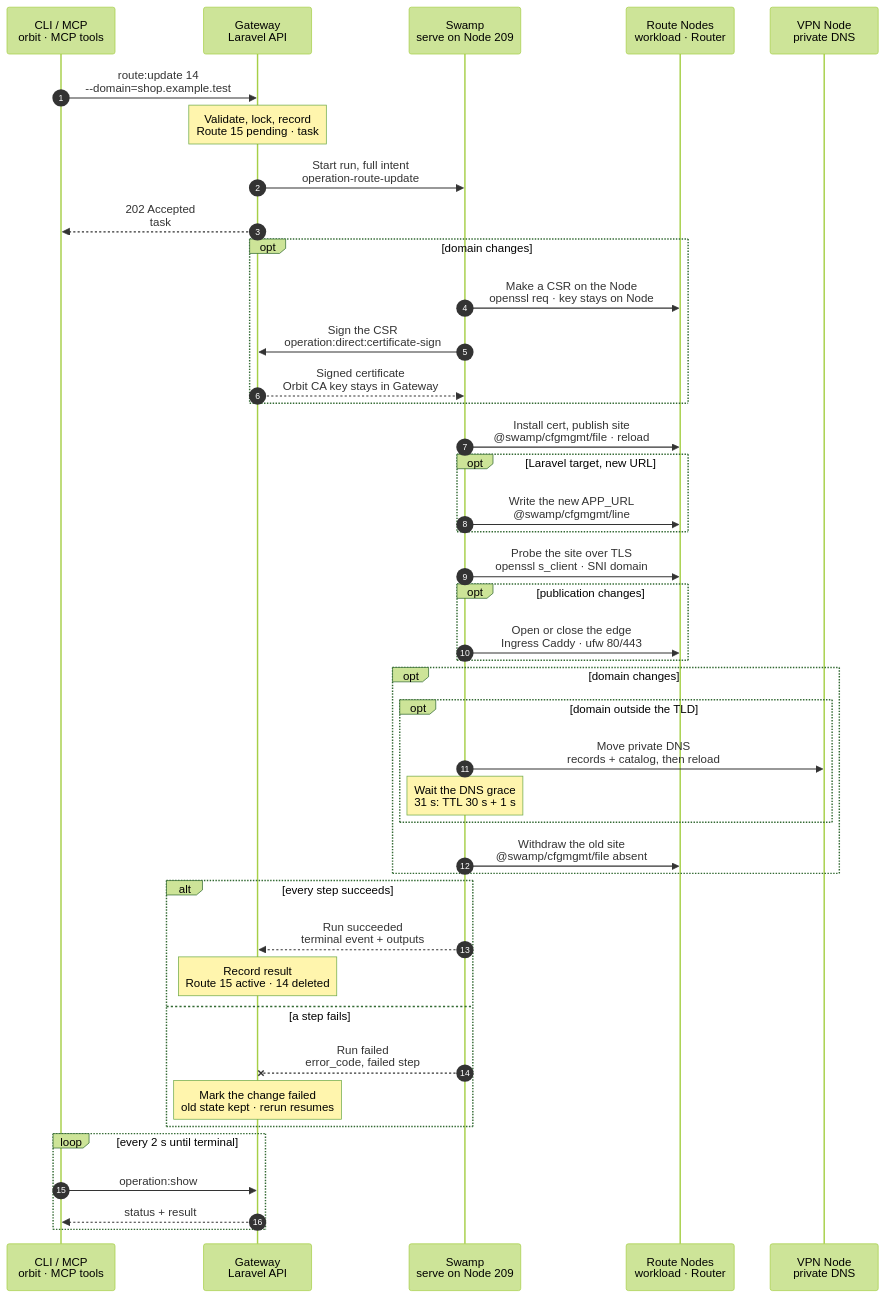
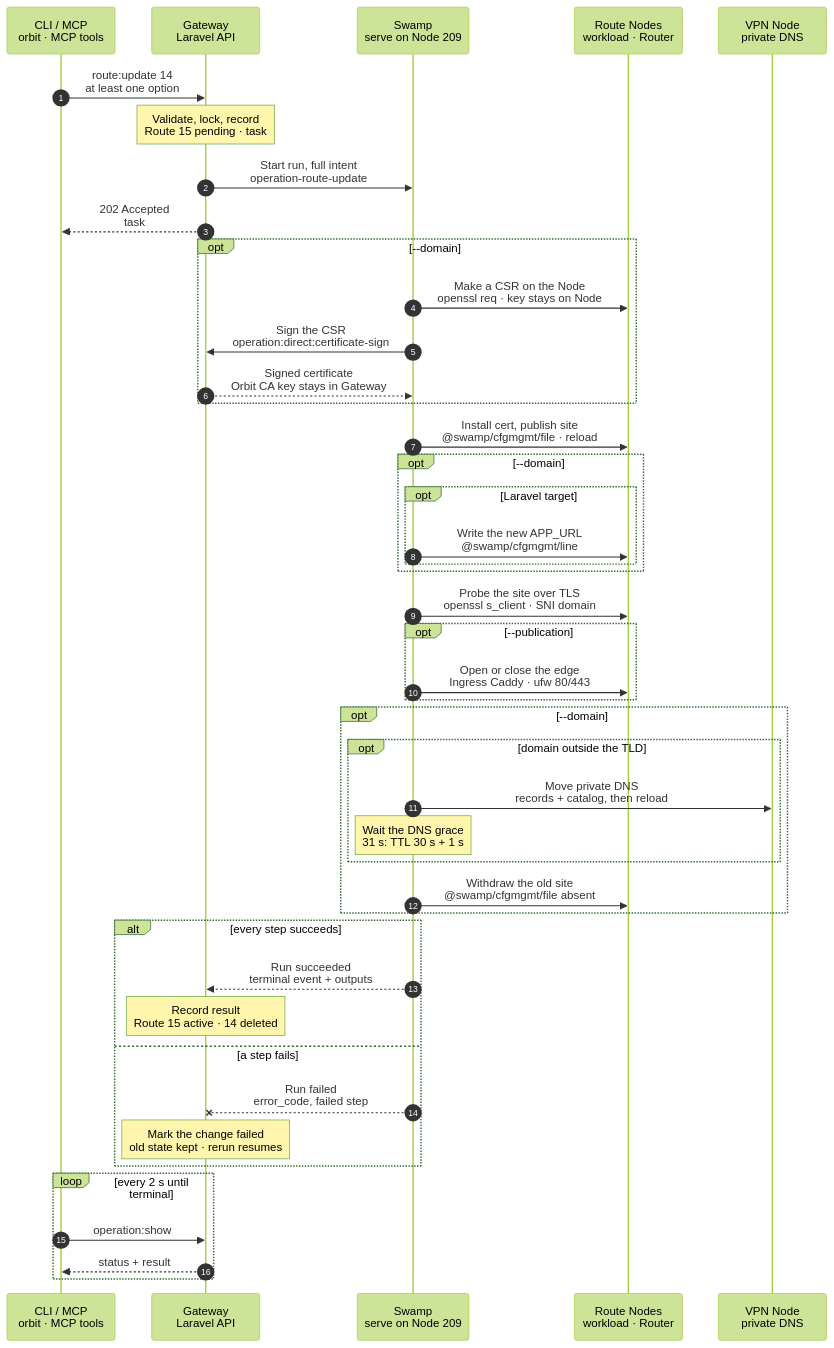
The diagram in docs/cli/route/update.mmd (hardimpactdev/orbit), drawn with Mermaid (forest theme) before and after one commit. The commit also changed 5 other files, not shown here.

First line of the commit message:
docs(cli): draw route and schedule charts with a required-only main path

```diff
--- a/docs/cli/route/update.mmd
+++ b/docs/cli/route/update.mmd
@@ -1,154 +1,158 @@
 sequenceDiagram
   %% Target design: ADR 0244 task, DECISIONS R1-R4, firewall.allow shape, Gateway signs CSRs (root-of-trust), single-swamp-node. docs/cli/route.mdx, docs/reference/routes.md (Change an existing Route).
   %% Tightened: flow-tighten 2026-11-02, rules 3, 17, 22 (cert install folded into the publish step as in route:create; DNS and its grace only outside the TLD; cfgmgmt file/line).
+  %% Rule 23: 2026-11-03 required-only main path.
   %% status: draft
   %% command: route:update
   %% kind: route.update
   autonumber
   %% lane CLI icon=terminal pill=caller tone=gray
   %% lane GW icon=gateway pill=intent tone=blue
   %% lane SW icon=workflow pill=executes tone=green
   %% lane N icon=server pill=target tone=amber
   %% lane V icon=server pill=target tone=purple
   participant CLI as CLI / MCP<br/>orbit · MCP tools
   participant GW as Gateway<br/>Laravel API
   participant SW as Swamp<br/>serve on Node 209
   participant N as Route Nodes<br/>workload · Router
   participant V as VPN Node<br/>private DNS
-  CLI->>GW: route:update 14<br/>--domain=shop.example.test
+  CLI->>GW: route:update 14<br/>at least one option
   %%> Command:
   %%> - `orbit route:update 14 --domain=shop.example.test`
   %%> - syntax: `<route> [--domain=DOMAIN] [--publication=private|public] [--web-root=PATH]`
   %%> Input:
-  %%> - Route 14, with at least one option
+  %%> - Route 14 and at least one option; without one, the CLI refuses with `route.update_required`
+  %%> Optional, each its own change:
+  %%> - `--domain=shop.example.test`: a replacement Route takes over, so you get a new Route ID
+  %%> - `--publication=private|public`: the public edge opens or closes; the Route ID stays
+  %%> - `--web-root=PATH`: the Caddy site serves another directory; the Route ID stays; it adds no step
   %%> - `--web-root` goes on its own; `--web-root=` clears it
-  %%> Three changes:
-  %%> - domain: a replacement Route takes over, so you get a new Route ID
-  %%> - publication: the public edge opens or closes; the Route ID stays
-  %%> - web root: the Caddy site serves another directory; the Route ID stays
+  %%> - `--idempotency-key` and `--json` change no step
   Note over GW: Validate, lock, record<br/>Route 15 pending · task #5160
   %%> Requirements:
   %%> - your Node has an access grant to Node 7, the Node of the Route's target
   %%> - Route 14 is an explicit app Route; generated domains change only through `instance:rename`
   %%> - the new domain is valid, free, and not reserved
   %%> - no other domain change runs for Route 14 (`route.domain_change_conflict`)
   %%> - a public Route needs production targets and a serving Ingress
   %%> Locks:
   %%> - the projection lock and the environment owner of every target Instance
   %%> - a busy lock is waited for up to 30 s, then `app-dev.projection_busy`
   %%> Result:
   %%> - for a domain change: replacement Route 15 recorded as `pending`, with the same Project, scope, targets and publication
   %%> - Route 14 stays `active` and is still the only Route that serves
   %%> - task #5160 recorded with the full intent; nothing has happened on a Node yet
   GW->>SW: Start run, full intent<br/>operation-route-update
   %%> What it does:
   %%> - starts one Swamp run on serve (Node 209)
   %%> Inputs:
   %%> - the rendered Caddy blocks before and after, per Node
   %%> - the certificate leaves, LAN tuples, DNS records and probes
   %%> - the new `APP_URL`; production `.env` material only as vault key names (R3)
   %%> - each Node's address and SSH host keys; the SSH identity comes from the `swamp` role
   GW-->>CLI: 202 Accepted<br/>task #5160
   %%> What you get:
   %%> - the task number, at once
   %%> Next:
   %%> - the CLI follows the task with `operation:show`
-  opt domain changes
+  opt --domain
     SW->>N: Make a CSR on the Node<br/>openssl req · key stays on Node
     %%> How:
     %%> - Swamp reaches Node 7, and the Router for a Cluster Route, over `@swamp/ssh` from 209
     %%> What it does:
     %%> - makes a new key and a certificate request for `shop.example.test`, under Route 15's own scope
     %%> Why its own scope:
     %%> - the old site keeps its certificate until cleanup, so both names serve during the change
     SW->>GW: Sign the CSR<br/>operation:direct:certificate-sign
     %%> What it does:
     %%> - sends the CSRs with task #5160 and the run id
     %%> Why:
     %%> - the Orbit CA key stays in the Gateway; signing is the one step that calls the Gateway
     GW-->>SW: Signed certificate<br/>Orbit CA key stays in Gateway
     %%> Returns:
     %%> - one public certificate bundle per leaf
   end
   SW->>N: Install cert, publish site<br/>@swamp/cfgmgmt/file · reload
   %%> What it does:
   %%> - when the domain changes: writes the new certificate next to its key, owned `root:caddy`, mode 0750, in the same step, as `route:create` does
   %%> - domain: adds the new site next to the old one
   %%> - web root: points the site at the new directory, after the web-root access step for a development target
   %%> - validates the whole Caddyfile, then reloads Caddy; never a restart (rule 7)
   %%> Refuses:
   %%> - a validation error; the old Caddyfile stays in place
-  opt Laravel target, new URL
-    SW->>N: Write the new APP_URL<br/>@swamp/cfgmgmt/line
-    %%> What it does:
-    %%> - development: sets the `APP_URL=` line in `.env` with `@swamp/cfgmgmt/line`, and refreshes the cached configuration
-    %%> - production: renders the stored environment against the new Route and replaces only the home's `.env`
-    %%> Not included:
-    %%> - Composer, Artisan, deploy or restart commands
+  opt --domain
+    opt Laravel target
+      SW->>N: Write the new APP_URL<br/>@swamp/cfgmgmt/line
+      %%> What it does:
+      %%> - development: sets the `APP_URL=` line in `.env` with `@swamp/cfgmgmt/line`, and refreshes the cached configuration
+      %%> - production: renders the stored environment against the new Route and replaces only the home's `.env`
+      %%> Not included:
+      %%> - Composer, Artisan, deploy or restart commands
+    end
   end
   SW->>N: Probe the site over TLS<br/>openssl s_client · SNI domain
   %%> What it does:
   %%> - connects from 209 to the workload, or the Router, on port 443 with the new domain as SNI
   %%> - requires a chain the Orbit root trusts
   %%> Why:
   %%> - nothing moves to the new state before the site serves
-  opt publication changes
+  opt --publication
     SW->>N: Open or close the edge<br/>Ingress Caddy · ufw 80/443
     %%> What it does:
     %%> - public: publishes the Ingress site, then opens `orbit:ingress-http` and `orbit:ingress-https`
     %%> - private: withdraws the Ingress site; closes both rules when no public Route is left in the Cluster
     %%> Not included:
     %%> - the public DNS record and Let's Encrypt issuance; Caddy retries issuance on its own
   end
-  opt domain changes
+  opt --domain
     opt domain outside the TLD
     SW->>V: Move private DNS<br/>records + catalog, then reload
     %%> When:
     %%> - only when the old or new domain is outside the Cluster or Node TLD; private DNS answers the whole TLD, so a name inside it needs no record
     %%> What it does:
     %%> - publishes `shop.example.test` and removes `shop.test`
     %%> - checks the loaded catalog and a DNS reply
     %%> Cutover:
     %%> - from here the new domain is the one that serves; a later failure recovers forward
     Note over SW: Wait the DNS grace<br/>31 s: TTL 30 s + 1 s
     %%> Why:
     %%> - resolvers that honor the TTL stop asking for the old name before its site leaves
     %%> How:
     %%> - a native wait in the run; it holds no Gateway lock
     end
     SW->>N: Withdraw the old site<br/>@swamp/cfgmgmt/file absent
     %%> What it does:
     %%> - removes Route 14's site blocks and reloads Caddy
     %%> - then removes Route 14's certificate scopes and the LAN tuples no other Route needs
   end
   alt every step succeeds
     SW-->>GW: Run succeeded<br/>terminal event + outputs
     %%> How the Gateway learns it:
     %%> - its shared run reader sees the terminal event; Swamp never calls the Gateway
     Note over GW: Record result<br/>Route 15 active · 14 deleted
     %%> Result:
     %%> - domain: Route 15 becomes `active`; Route 14 is deleted and its domain released
     %%> - publication or web root: Route 14 keeps its ID and gets the new value
     %%> - task #5160 succeeds
   else a step fails
     SW--xGW: Run failed<br/>error_code, failed step
     %%> The Gateway reads:
     %%> - which step failed, its error code, and whether DNS had moved
     Note over GW: Mark the change failed<br/>old state kept · rerun resumes
     %%> Result before the DNS move:
     %%> - Route 15 is marked `failed`; Route 14 stays `active` and unchanged
     %%> - the new site stays on the Node; it serves no name, so it is harmless
     %%> Result after the DNS move:
     %%> - Route 15 serves; Route 14 is `retiring` until a rerun finishes cleanup
     %%> Retry:
     %%> - run the same command again; it skips finished steps and continues
     %%> - to abandon a change that never moved DNS, run `route:destroy 15`
   end
   loop every 2 s until terminal
     CLI->>GW: operation:show #5160
     %%> What it does:
     %%> - asks for the task's status every 2 seconds until it has ended
     GW-->>CLI: status + result
     %%> Returns:
     %%> - the current status, and the result once the task has ended
   end
```
